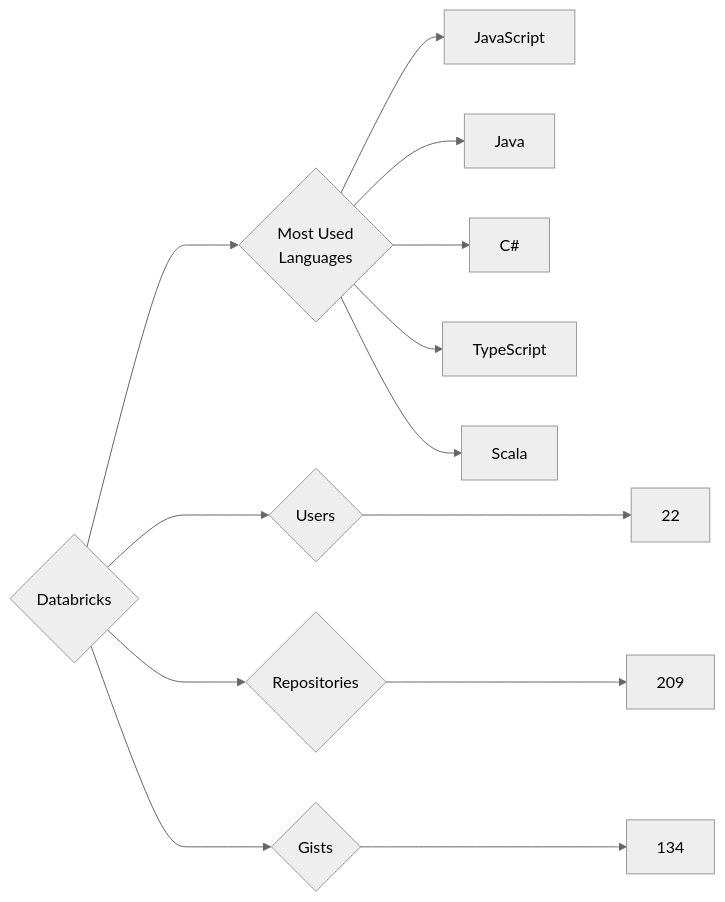
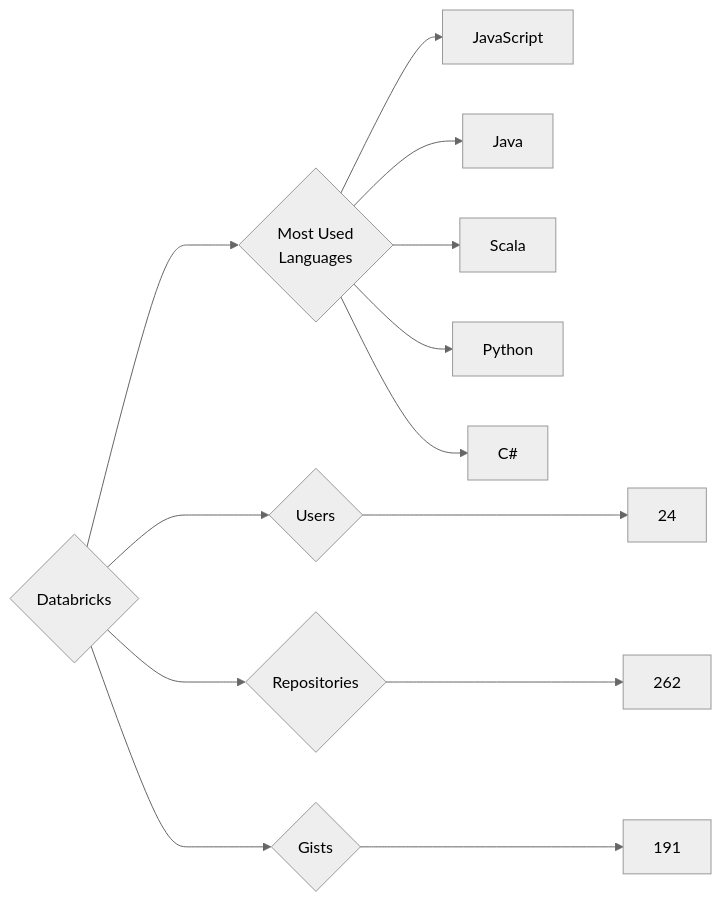
Before and after one commit to trickest/insiders: the diagram in targets/Databricks/README.md, drawn with Mermaid (neutral theme). The commit also changed 677 other files, not shown here.

````diff
--- a/targets/Databricks/README.md
+++ b/targets/Databricks/README.md
@@ -3,13 +3,13 @@
 ```mermaid
 graph LR
 COMPANY_NAME{Databricks}
-COMPANY_NAME ---> U{Users} ---> UN[22]
-COMPANY_NAME ---> R{Repositories} ---> RN[209]
-COMPANY_NAME ---> G{Gists} ---> GN[134]
+COMPANY_NAME ---> U{Users} ---> UN[24]
+COMPANY_NAME ---> R{Repositories} ---> RN[262]
+COMPANY_NAME ---> G{Gists} ---> GN[191]
 COMPANY_NAME ---> ML{Most Used<br>Languages}
 ML --> JavaScript[JavaScript]
 ML --> Java[Java]
+ML --> Scala[Scala]
+ML --> Python[Python]
 ML --> C#[C#]
-ML --> TypeScript[TypeScript]
-ML --> Scala[Scala]
 ```
````
